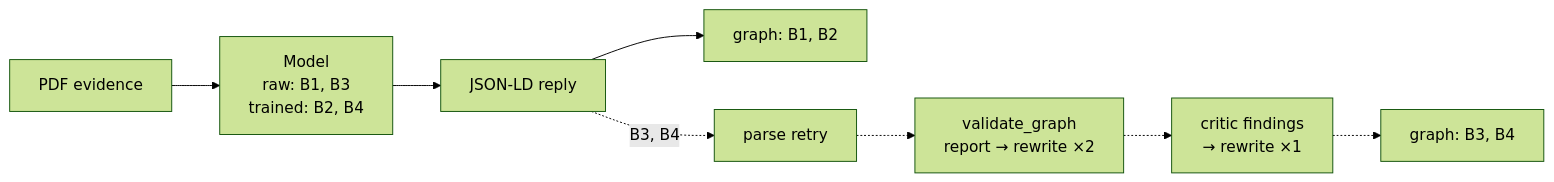
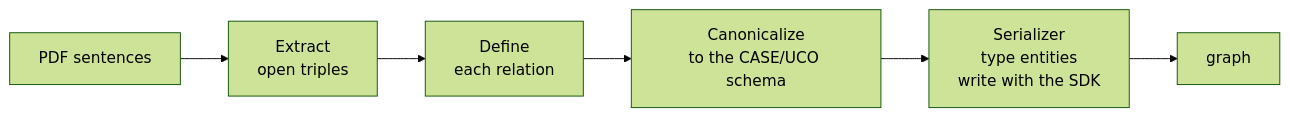
Before and after one commit to mrinaalr/case-uco-graph-integrity: the third of 4 diagrams in README.md, drawn with Mermaid (forest theme). The commit also changed other lines of this file and 17 other files, not shown here.

````diff
--- a/README.md
+++ b/README.md
@@ -84,10 +128,8 @@
 ```mermaid
 flowchart LR
-    PDF[PDF evidence] --> M[Model<br/>raw: B1, B3<br/>trained: B2, B4]
-    M --> G0[JSON-LD reply]
-    G0 --> OUT1[graph: B1, B2]
-    G0 -.->|B3, B4| P[parse retry]
-    P -.-> V[validate_graph<br/>report → rewrite ×2]
-    V -.-> K[critic findings<br/>→ rewrite ×1]
-    K -.-> OUT2[graph: B3, B4]
+    PDF[PDF sentences] --> OIE[Extract<br/>open triples]
+    OIE --> SD[Define<br/>each relation]
+    SD --> SC[Canonicalize<br/>to the CASE/UCO schema]
+    SC --> SER[Serializer<br/>type entities<br/>write with the SDK]
+    SER --> OUT[graph]
 ```
````
